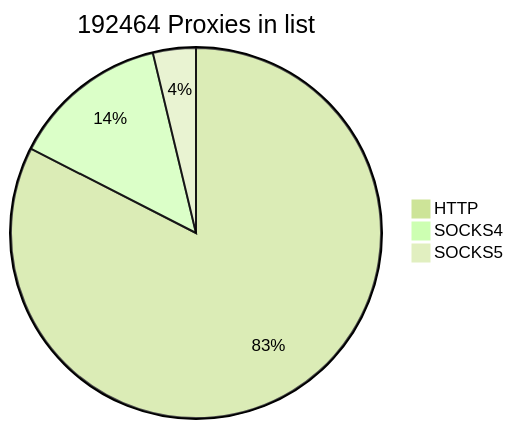
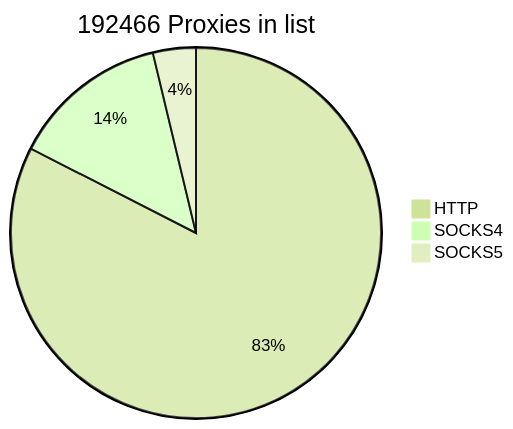
Before and after one commit to cutipu/proxylist: the first of 2 diagrams in README.md, drawn with Mermaid (forest theme). The commit also changed other lines of this file, not shown here.

````diff
--- a/README.md
+++ b/README.md
@@ -2,7 +2,7 @@
 ```mermaid
-pie title 192464 Proxies in list
+pie title 192466 Proxies in list
     "HTTP" : 158814
-    "SOCKS4" : 26440
-    "SOCKS5" : 7210
+    "SOCKS4" : 26441
+    "SOCKS5" : 7211
             
 ```
````
